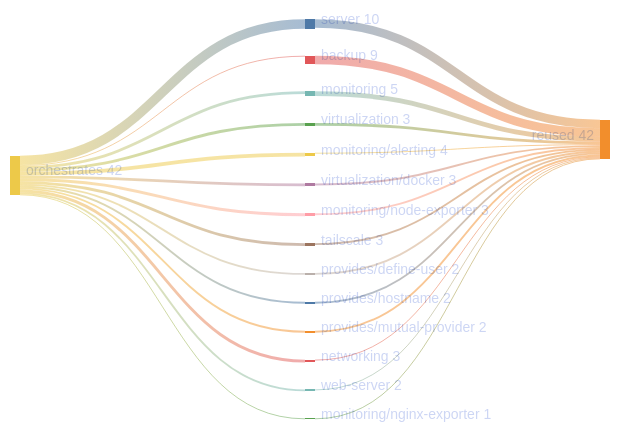
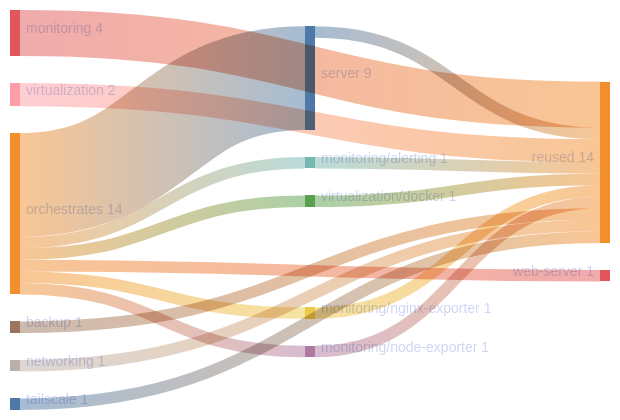
The diagram in templates/diag-fx-demo/diagrams/web-server-fan.md (sini/den), drawn with Mermaid before and after one commit. The commit also changed 849 other files, not shown here.

Commit message:
chore: update fx diagrams

````diff
--- a/templates/diag-fx-demo/diagrams/web-server-fan.md
+++ b/templates/diag-fx-demo/diagrams/web-server-fan.md
@@ -5,33 +5,21 @@
 ```mermaid
 %%{init: {"theme":"base","themeVariables":{"activationBkgColor":"#313244","activationBorderColor":"#6c7086","actorBkg":"#313244","actorBorder":"#a6adc8","actorLineColor":"#a6adc8","actorTextColor":"#cdd6f4","background":"#1e1e2e","classText":"#cdd6f4","clusterBkg":"#313244","clusterBorder":"#6c7086","edgeLabelBackground":"#1e1e2e","labelBoxBkgColor":"#313244","labelBoxBorderColor":"#a6adc8","labelTextColor":"#cdd6f4","lineColor":"#a6adc8","loopTextColor":"#cdd6f4","mainBkg":"#313244","nodeBkg":"#313244","nodeBorder":"#a6adc8","nodeTextColor":"#cdd6f4","noteBkgColor":"#313244","noteBorderColor":"#6c7086","noteTextColor":"#cdd6f4","pie1":"#f38ba8","pie2":"#fab387","pie3":"#f9e2af","pie4":"#a6e3a1","pie5":"#94e2d5","pie6":"#89b4fa","pie7":"#cba6f7","pie8":"#f2cdcd","pieLegendTextColor":"#cdd6f4","pieOuterStrokeColor":"#6c7086","pieSectionTextColor":"#cdd6f4","pieStrokeColor":"#6c7086","pieTitleTextColor":"#cdd6f4","primaryBorderColor":"#a6adc8","primaryColor":"#313244","primaryTextColor":"#cdd6f4","secondBkg":"#313244","secondaryBorderColor":"#6c7086","secondaryColor":"#313244","secondaryTextColor":"#cdd6f4","sequenceNumberColor":"#1e1e2e","signalColor":"#a6adc8","signalTextColor":"#cdd6f4","tertiaryBorderColor":"#6c7086","tertiaryColor":"#313244","tertiaryTextColor":"#cdd6f4","textColor":"#cdd6f4","titleColor":"#cdd6f4"}}}%%
 sankey-beta
 
-"server","reused",9
-"backup","reused",9
-"monitoring","reused",5
-"virtualization","reused",3
+"server","reused",1
+"monitoring","reused",4
 "monitoring/alerting","reused",1
-"virtualization/docker","reused",2
-"monitoring/node-exporter","reused",2
-"tailscale","reused",2
-"provides/define-user","reused",2
-"provides/hostname","reused",2
-"provides/mutual-provider","reused",2
+"virtualization/docker","reused",1
+"monitoring/nginx-exporter","reused",1
+"monitoring/node-exporter","reused",1
+"virtualization","reused",2
+"backup","reused",1
 "networking","reused",1
-"web-server","reused",1
-"monitoring/nginx-exporter","reused",1
-"orchestrates","server",10
-"orchestrates","backup",1
-"orchestrates","monitoring",3
-"orchestrates","virtualization",3
-"orchestrates","monitoring/alerting",4
-"orchestrates","virtualization/docker",3
-"orchestrates","monitoring/node-exporter",3
-"orchestrates","tailscale",3
-"orchestrates","provides/define-user",2
-"orchestrates","provides/hostname",2
-"orchestrates","provides/mutual-provider",2
-"orchestrates","networking",3
-"orchestrates","web-server",2
+"tailscale","reused",1
+"orchestrates","server",9
+"orchestrates","monitoring/alerting",1
+"orchestrates","virtualization/docker",1
 "orchestrates","monitoring/nginx-exporter",1
+"orchestrates","monitoring/node-exporter",1
+"orchestrates","web-server",1
 ```
````
